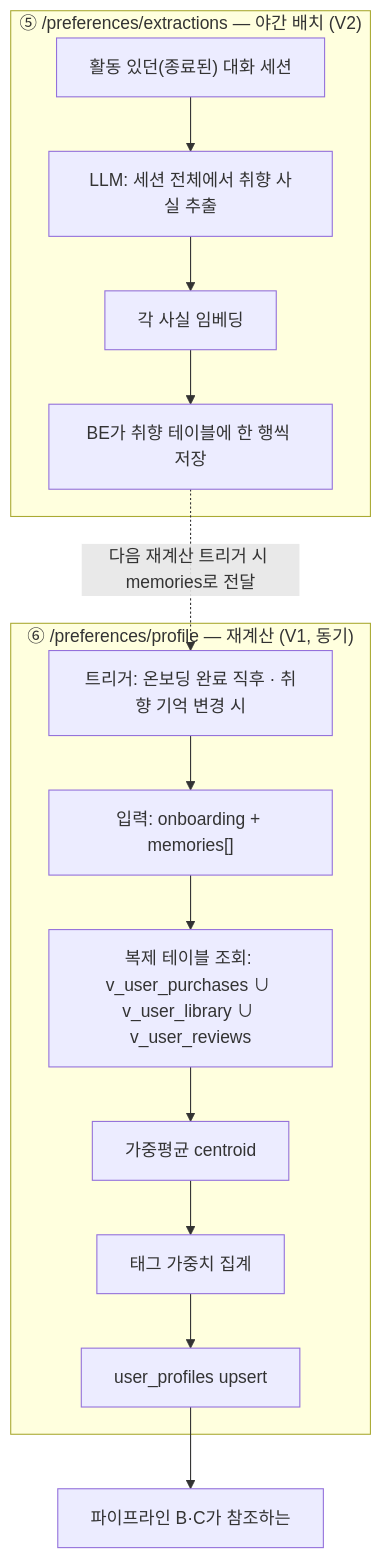
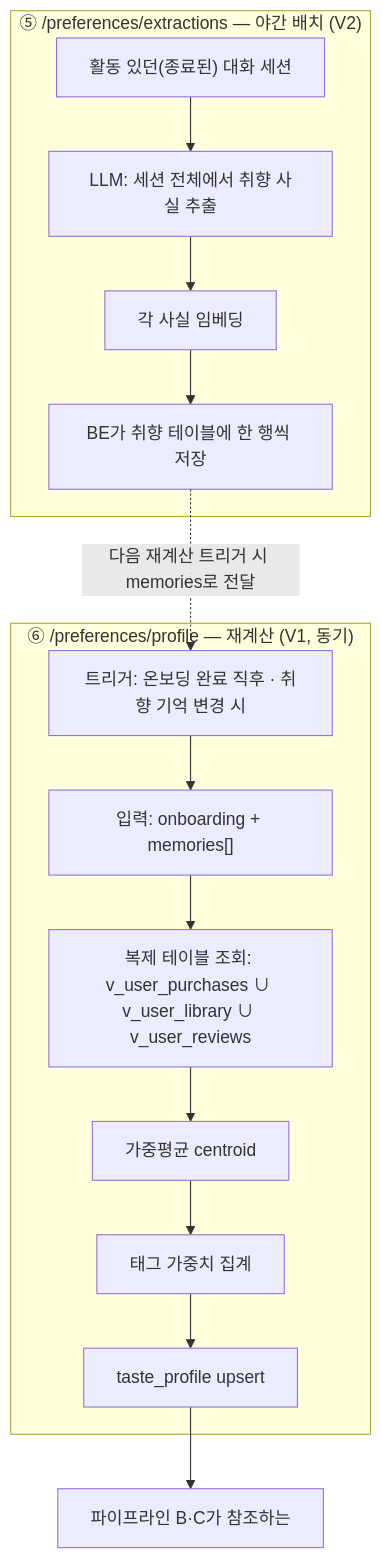
Before and after one commit to 100-hours-a-week/KTB4-13th-wiki: the sixth of 7 diagrams in docs/ai/4-multistep-pipeline/design.md, drawn with Mermaid. The commit also changed other lines of this file and 1 other file, not shown here.

First line of the commit message:
docs(ai): 취향 프로필 테이블 이름을 taste_profile로 통일

````diff
--- a/docs/ai/4-multistep-pipeline/design.md
+++ b/docs/ai/4-multistep-pipeline/design.md
@@ -216,17 +216,17 @@
 ```mermaid
 flowchart TD
     subgraph NIGHTLY["⑤ /preferences/extractions — 야간 배치 (V2)"]
         A["활동 있던(종료된) 대화 세션"] --> B["LLM: 세션 전체에서 취향 사실 추출"]
         B --> C["각 사실 임베딩"]
         C --> D["BE가 취향 테이블에 한 행씩 저장"]
     end
     subgraph REBUILD["⑥ /preferences/profile — 재계산 (V1, 동기)"]
         E["트리거: 온보딩 완료 직후 · 취향 기억 변경 시"] --> F["입력: onboarding + memories[]"]
         F --> G["복제 테이블 조회: v_user_purchases ∪ v_user_library ∪ v_user_reviews"]
         G --> H["가중평균 centroid"]
         H --> I["태그 가중치 집계"]
-        I --> J["user_profiles upsert"]
+        I --> J["taste_profile upsert"]
     end
     D -.->|다음 재계산 트리거 시 memories로 전달| E
     J --> K["파이프라인 B·C가 참조하는"]
 ```
````
